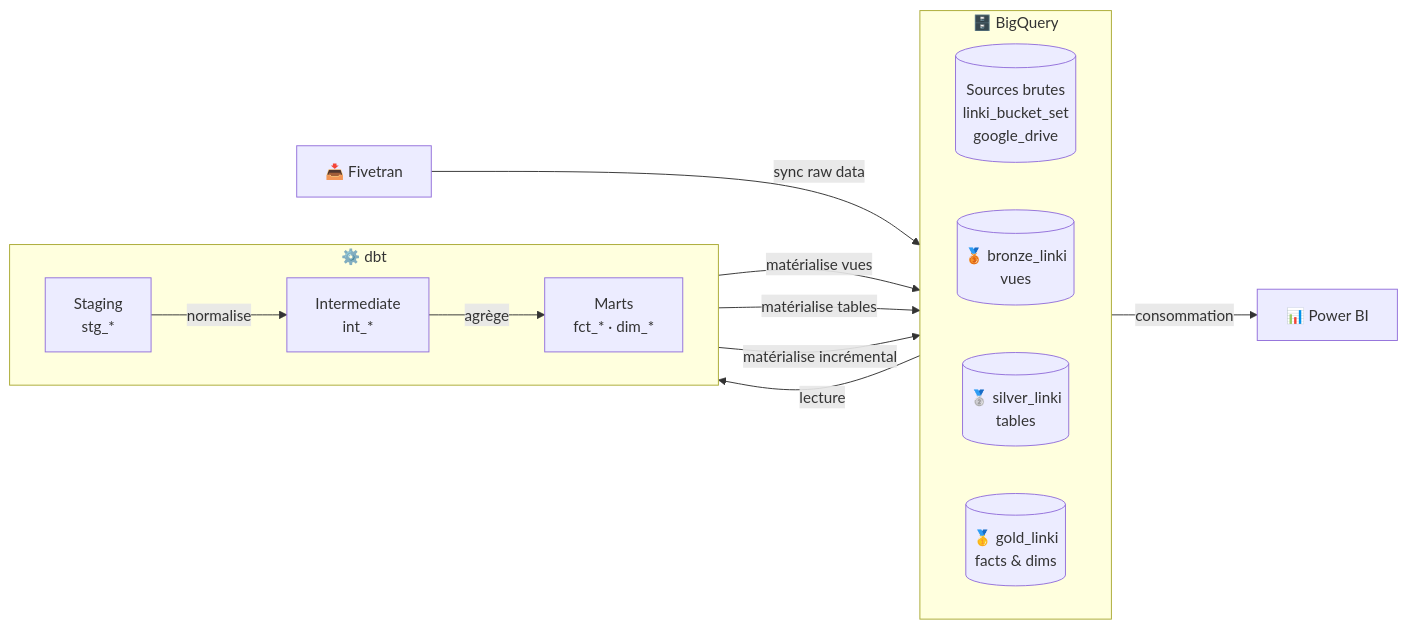
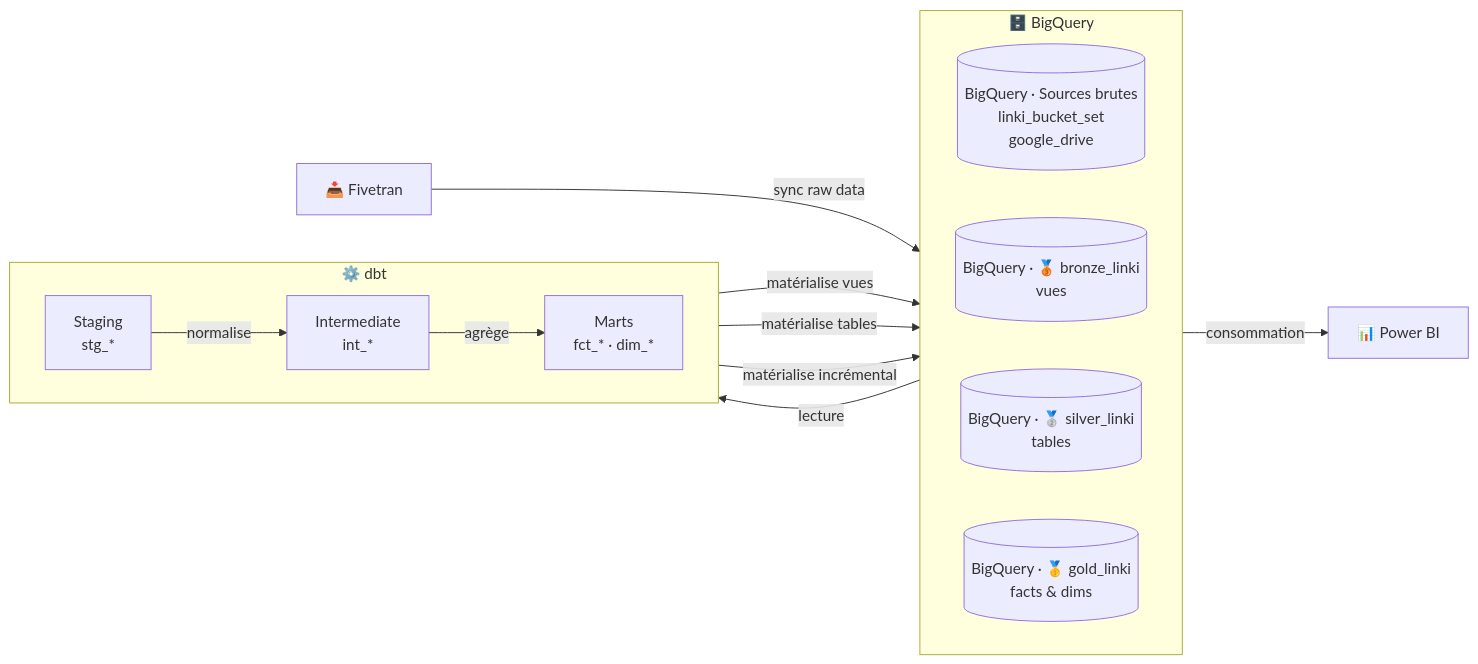
Before and after one commit to ballates/linkyhub_dbt: the first of 6 diagrams in README.md, drawn with Mermaid. The commit also changed other lines of this file, not shown here.

Commit message:
Refactore the Flow whart

````diff
--- a/README.md
+++ b/README.md
@@ -34,24 +34,24 @@
 ```mermaid
 flowchart LR
     fivetran["📥 Fivetran"] -->|"sync raw data"| src
 
     subgraph bq ["🗄️ BigQuery"]
         direction LR
-        src[("Sources brutes\nlinki_bucket_set\ngoogle_drive")]
-        bronze[("🥉 bronze_linki\nvues")]
-        silver[("🥈 silver_linki\ntables")]
-        gold[("🥇 gold_linki\nfacts & dims")]
+        src[("BigQuery · Sources brutes\nlinki_bucket_set\ngoogle_drive")]
+        bronze[("BigQuery · 🥉 bronze_linki\nvues")]
+        silver[("BigQuery · 🥈 silver_linki\ntables")]
+        gold[("BigQuery · 🥇 gold_linki\nfacts & dims")]
     end
 
     subgraph dbt ["⚙️ dbt"]
         direction LR
         stg["Staging\nstg_*"] -->|"normalise"| int["Intermediate\nint_*"] -->|"agrège"| mart["Marts\nfct_* · dim_*"]
     end
 
     src -->|"lecture"| stg
     stg -->|"matérialise vues"| bronze
     int -->|"matérialise tables"| silver
     mart -->|"matérialise incrémental"| gold
 
     gold -->|"consommation"| powerbi["📊 Power BI"]
 ```
````
